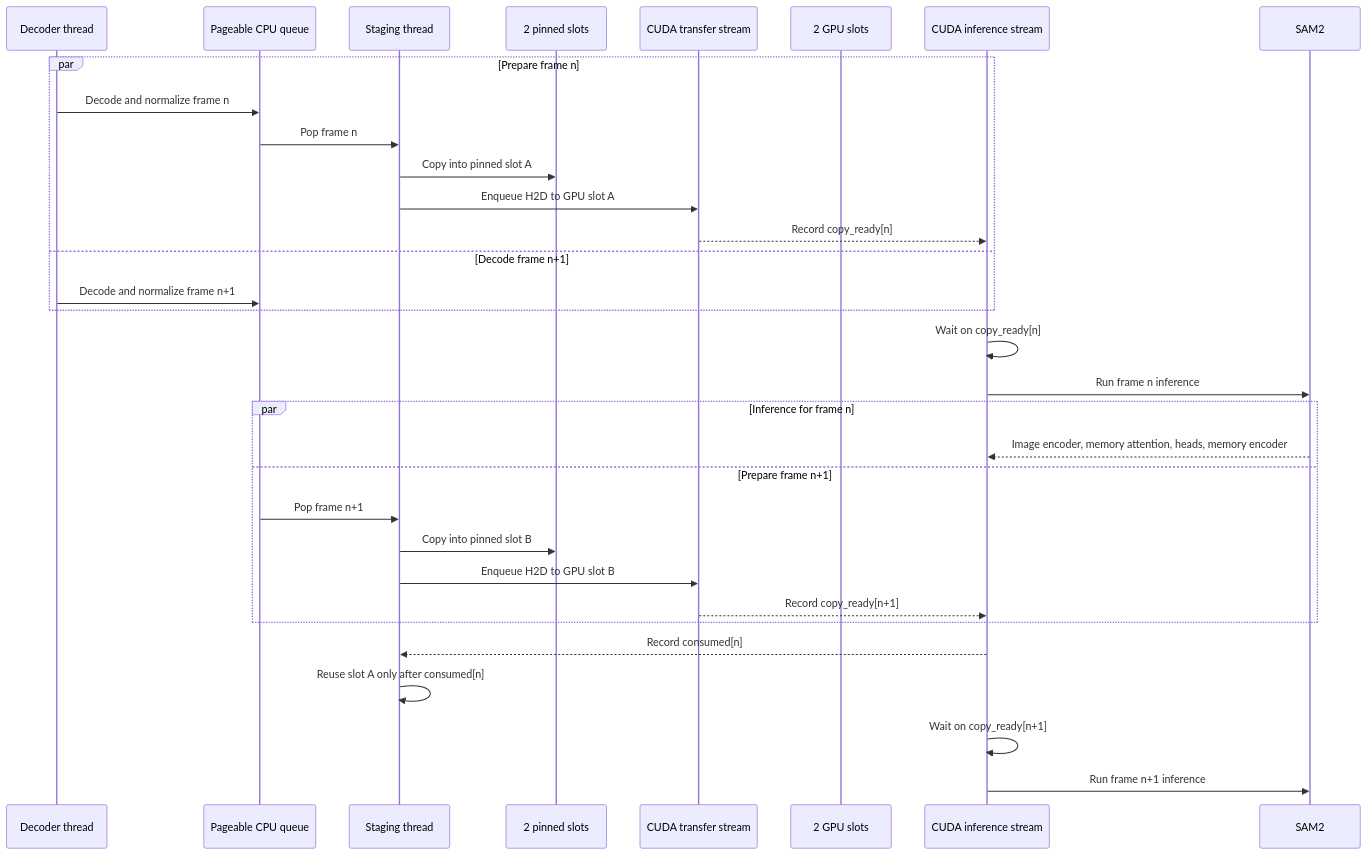
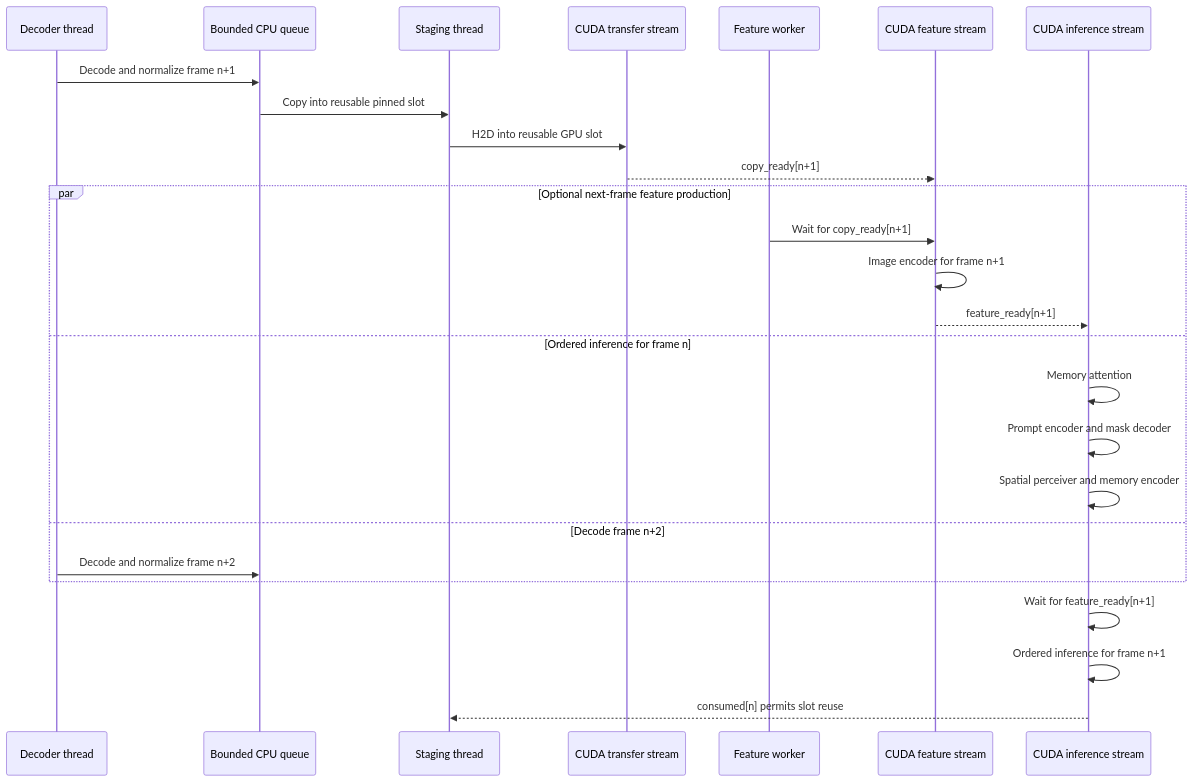
One commit to dej-h/streamSAM changed the diagram in SAM2_GPU_STREAMING_PIPELINE.md. Above: the diagram before and after it, drawn with Mermaid. The commit also changed other lines of this file and 12 other files, not shown here.

Commit message:
Stream SAM2 video inference through bounded pipelines

````diff
--- a/SAM2_GPU_STREAMING_PIPELINE.md
+++ b/SAM2_GPU_STREAMING_PIPELINE.md
@@ -7,38 +7,31 @@
 ```mermaid
 sequenceDiagram
     participant D as Decoder thread
-    participant Q as Pageable CPU queue
+    participant Q as Bounded CPU queue
     participant S as Staging thread
-    participant P as 2 pinned slots
     participant T as CUDA transfer stream
-    participant G as 2 GPU slots
+    participant E as Feature worker
+    participant F as CUDA feature stream
     participant I as CUDA inference stream
-    participant M as SAM2
 
-    par Prepare frame n
-        D->>Q: Decode and normalize frame n
-        Q->>S: Pop frame n
-        S->>P: Copy into pinned slot A
-        S->>T: Enqueue H2D to GPU slot A
-        T-->>I: Record copy_ready[n]
-    and Decode frame n+1
-        D->>Q: Decode and normalize frame n+1
+    D->>Q: Decode and normalize frame n+1
+    Q->>S: Copy into reusable pinned slot
+    S->>T: H2D into reusable GPU slot
+    T-->>F: copy_ready[n+1]
+
+    par Optional next-frame feature production
+        E->>F: Wait for copy_ready[n+1]
+        F->>F: Image encoder for frame n+1
+        F-->>I: feature_ready[n+1]
+    and Ordered inference for frame n
+        I->>I: Memory attention
+        I->>I: Prompt encoder and mask decoder
+        I->>I: Spatial perceiver and memory encoder
+    and Decode frame n+2
+        D->>Q: Decode and normalize frame n+2
     end
 
-    I->>I: Wait on copy_ready[n]
-    I->>M: Run frame n inference
-
-    par Inference for frame n
-        M-->>I: Image encoder, memory attention, heads, memory encoder
-    and Prepare frame n+1
-        Q->>S: Pop frame n+1
-        S->>P: Copy into pinned slot B
-        S->>T: Enqueue H2D to GPU slot B
-        T-->>I: Record copy_ready[n+1]
-    end
-
-    I-->>S: Record consumed[n]
-    S->>S: Reuse slot A only after consumed[n]
-    I->>I: Wait on copy_ready[n+1]
-    I->>M: Run frame n+1 inference
+    I->>I: Wait for feature_ready[n+1]
+    I->>I: Ordered inference for frame n+1
+    I-->>S: consumed[n] permits slot reuse
 ```
````
